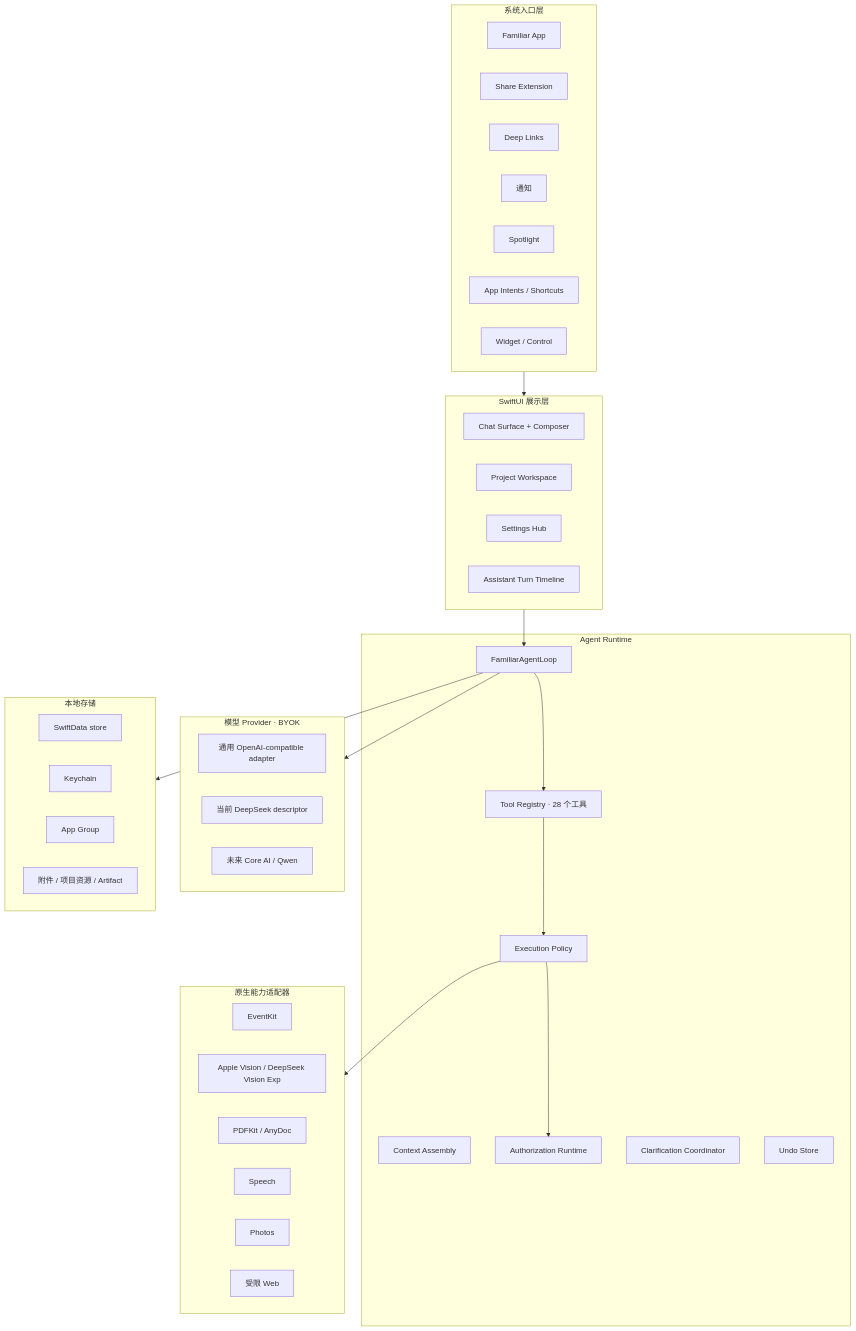
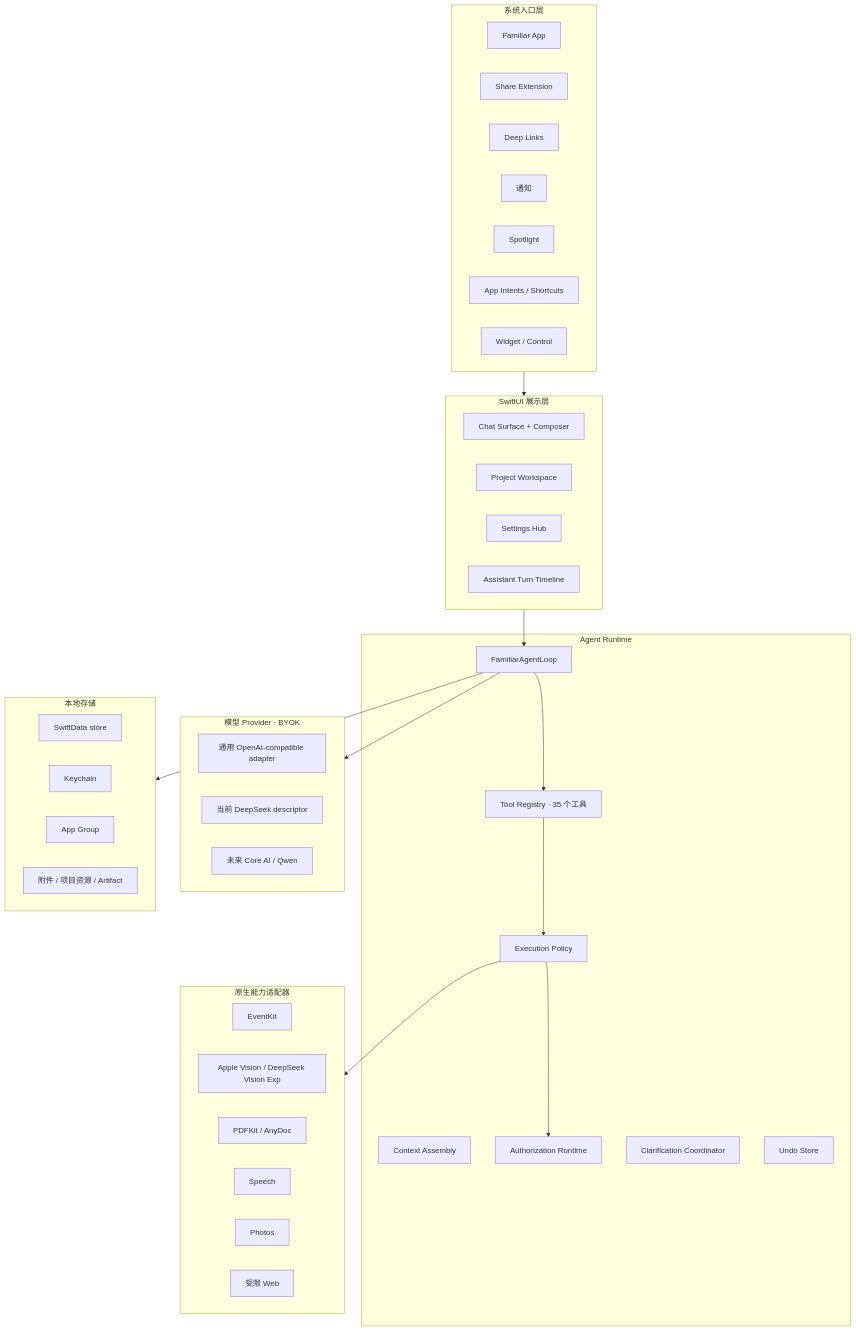
Before and after one commit to IsaacHuo/Familiar: the first of 2 diagrams in README.zh-CN.md, drawn with Mermaid. The commit also changed other lines of this file and 85 other files, not shown here.

````diff
--- a/README.zh-CN.md
+++ b/README.zh-CN.md
@@ -75,65 +75,65 @@
 ```mermaid
 flowchart TB
     subgraph Entry["系统入口层"]
         direction LR
         App[Familiar App]
         Share[Share Extension]
         Links[Deep Links]
         Notify[通知]
         Spotlight[Spotlight]
         Intents[App Intents / Shortcuts]
         Widget[Widget / Control]
     end
 
     subgraph UI["SwiftUI 展示层"]
         direction LR
         Chat[Chat Surface + Composer]
         Projects[Project Workspace]
         Settings[Settings Hub]
         Timeline[Assistant Turn Timeline]
     end
 
     subgraph Runtime["Agent Runtime"]
         Loop[FamiliarAgentLoop]
         Assembly[Context Assembly]
-        Registry[Tool Registry · 28 个工具]
+        Registry[Tool Registry · 35 个工具]
         Policy[Execution Policy]
         Auth[Authorization Runtime]
         Clarify[Clarification Coordinator]
         Undo[Undo Store]
     end
 
     subgraph Models["模型 Provider · BYOK"]
         direction LR
         Provider[通用 OpenAI-compatible adapter]
         DeepSeek[当前 DeepSeek descriptor]
         CoreAI[未来 Core AI / Qwen]
     end
 
     subgraph Native["原生能力适配器"]
         direction LR
         EventKit[EventKit]
         Vision[Apple Vision / DeepSeek Vision Exp]
         Docs[PDFKit / AnyDoc]
         Speech[Speech]
         Photos[Photos]
         Web[受限 Web]
     end
 
     subgraph Store["本地存储"]
         direction LR
         SwiftData[SwiftData store]
         Keychain[Keychain]
         Group[App Group]
         Files[附件 / 项目资源 / Artifact]
     end
 
     Entry --> UI
     UI --> Loop
     Loop --> Models
     Loop --> Registry
     Registry --> Policy
     Policy --> Auth
     Policy --> Native
     Loop --> Store
 ```
````
